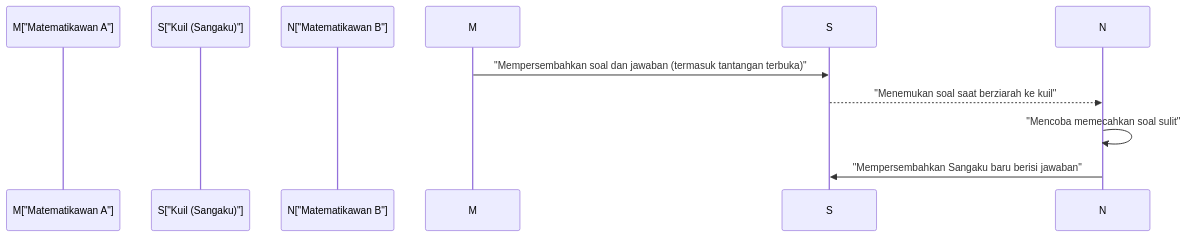
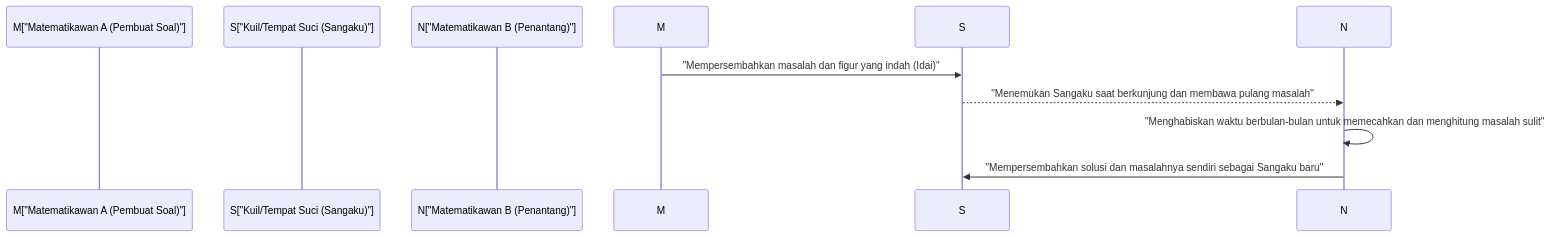
One commit to kenjinote/blog changed the second of 2 diagrams in content/post/history-of-wasan-japanese-mathematics/index.id.md. Above: the diagram before and after it, drawn with Mermaid. The commit also changed other lines of this file and 129 other files, not shown here.

````diff
--- a/content/post/history-of-wasan-japanese-mathematics/index.id.md
+++ b/content/post/history-of-wasan-japanese-mathematics/index.id.md
@@ -68,11 +70,11 @@
 ```mermaid
 sequenceDiagram
-    participant M["Matematikawan A"]
-    participant S["Kuil (Sangaku)"]
-    participant N["Matematikawan B"]
+    participant M["Matematikawan A (Pembuat Soal)"]
+    participant S["Kuil/Tempat Suci (Sangaku)"]
+    participant N["Matematikawan B (Penantang)"]
     
-    M->>S: "Mempersembahkan soal dan jawaban (termasuk tantangan terbuka)"
-    S-->>N: "Menemukan soal saat berziarah ke kuil"
-    N->>N: "Mencoba memecahkan soal sulit"
-    N->>S: "Mempersembahkan Sangaku baru berisi jawaban"
+    M->>S: "Mempersembahkan masalah dan figur yang indah (Idai)"
+    S-->>N: "Menemukan Sangaku saat berkunjung dan membawa pulang masalah"
+    N->>N: "Menghabiskan waktu berbulan-bulan untuk memecahkan dan menghitung masalah sulit"
+    N->>S: "Mempersembahkan solusi dan masalahnya sendiri sebagai Sangaku baru"
 ```
````
